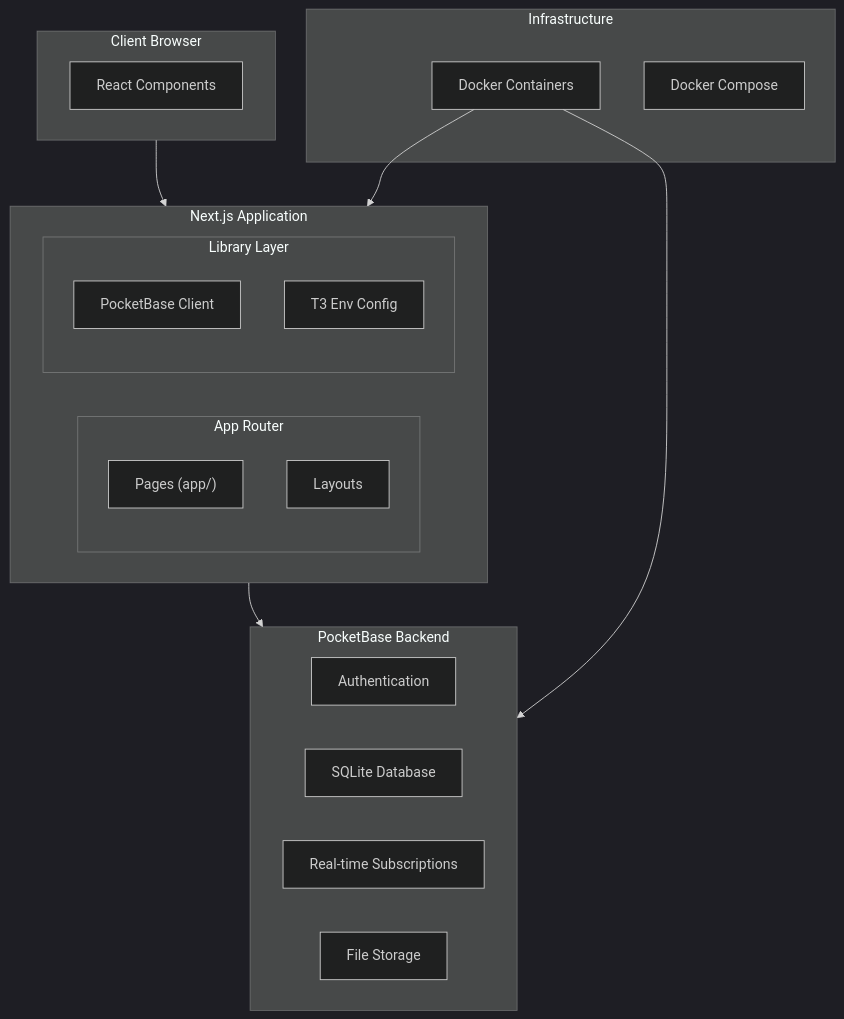
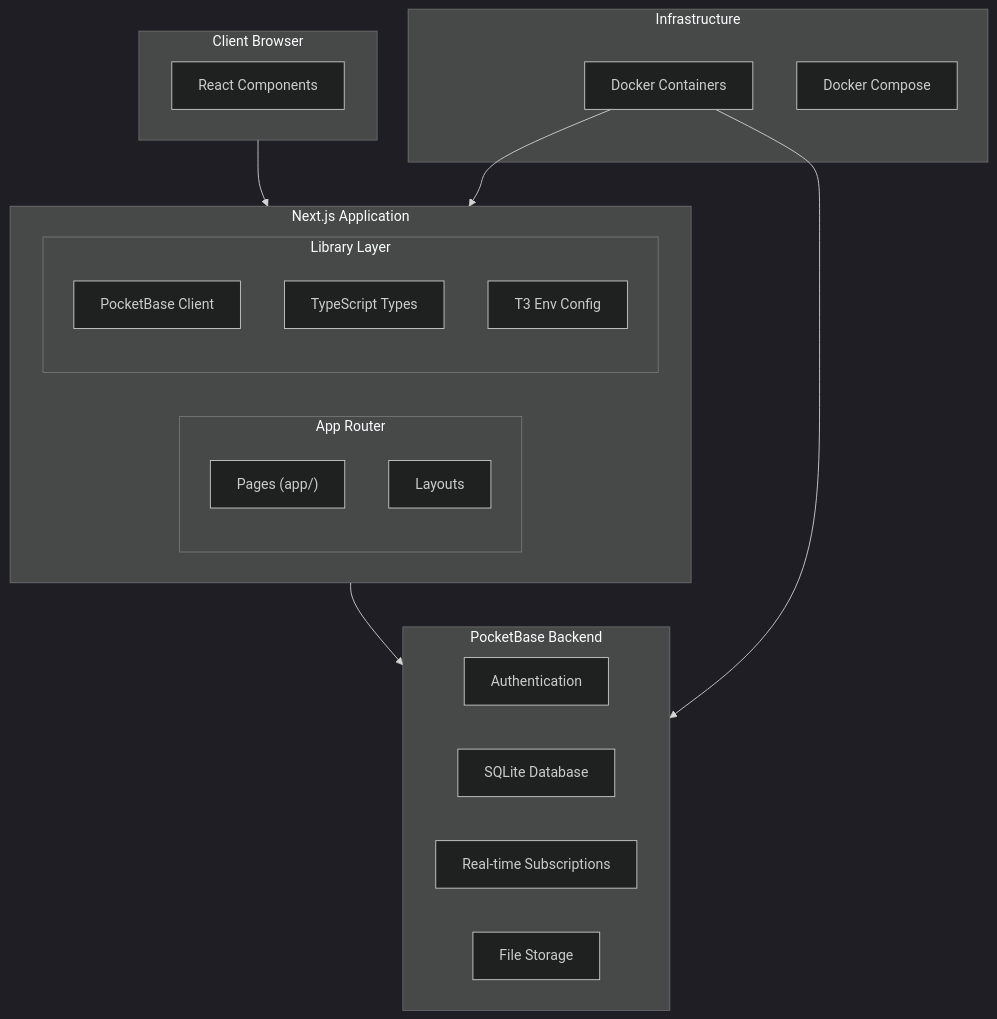
One commit to artsmc/sprint-ui changed the first of 5 diagrams in cline-docs/systemArchitecture.md. Above: the diagram before and after it, drawn with Mermaid (dark theme). The commit also changed other lines of this file and 28 other files, not shown here.

First line of the commit message:
feat: Implement PocketBase schema, types, seed data, and API services

````diff
--- a/cline-docs/systemArchitecture.md
+++ b/cline-docs/systemArchitecture.md
@@ -5,35 +5,36 @@
 ```mermaid
 flowchart TB
     subgraph Client["Client Browser"]
         UI["React Components"]
     end
 
     subgraph NextJS["Next.js Application"]
         subgraph AppRouter["App Router"]
             Pages["Pages (app/)"]
             Layouts["Layouts"]
         end
 
         subgraph Lib["Library Layer"]
             PBClient["PocketBase Client"]
+            Types["TypeScript Types"]
             EnvConfig["T3 Env Config"]
         end
     end
 
     subgraph Backend["PocketBase Backend"]
         Auth["Authentication"]
         DB["SQLite Database"]
         Realtime["Real-time Subscriptions"]
         Files["File Storage"]
     end
 
     subgraph Infra["Infrastructure"]
         Docker["Docker Containers"]
         Compose["Docker Compose"]
     end
 
     Client --> NextJS
     NextJS --> Backend
     Docker --> NextJS
     Docker --> Backend
 ```
````
